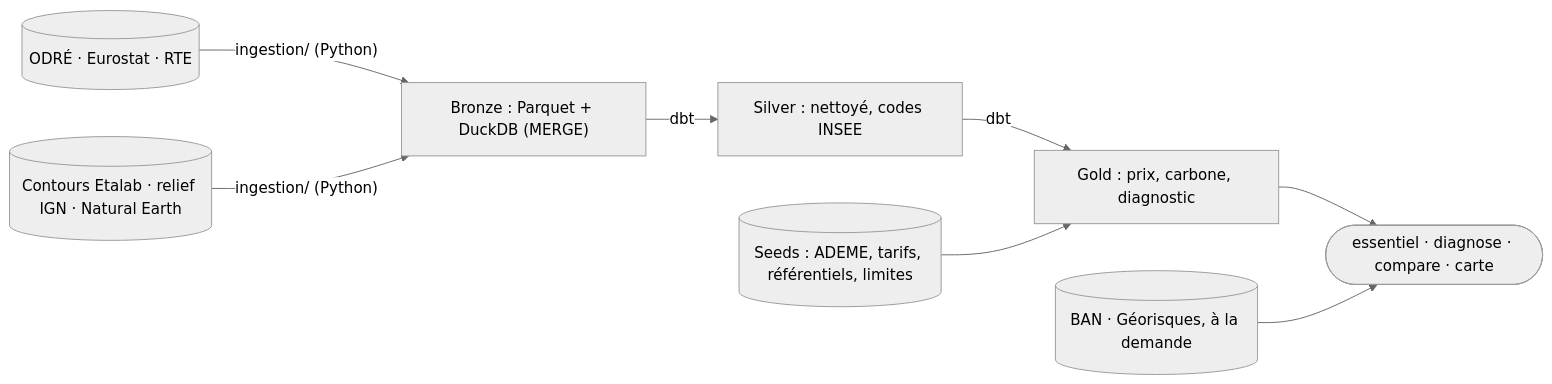
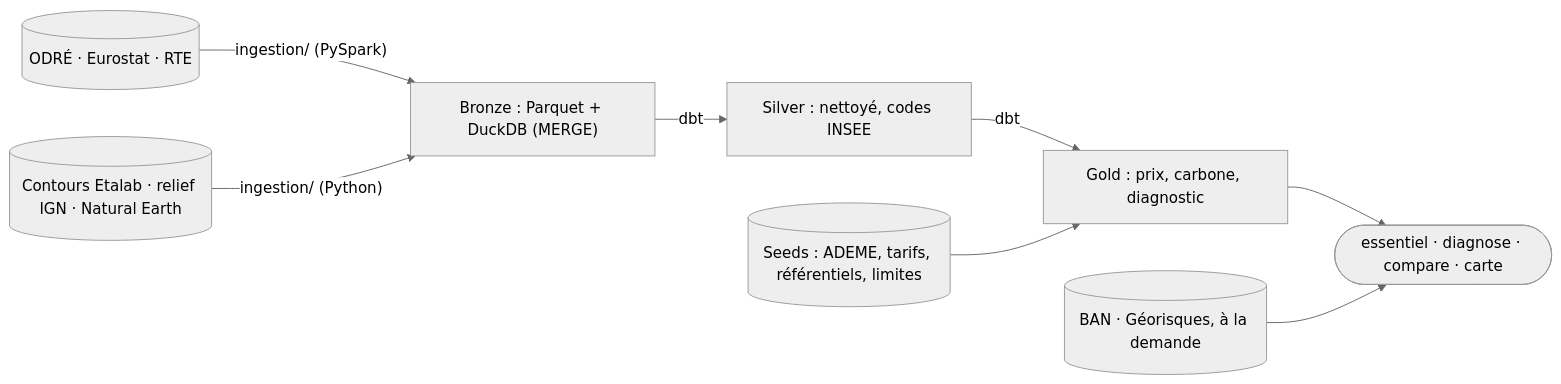
Before and after one commit to Elias-Ouafi/ou-brancher-mon-entreprise: the diagram in README.md, drawn with Mermaid (neutral theme). The commit also changed other lines of this file and 5 other files, not shown here.

First line of the commit message:
Ingestion en PySpark : typage, UTC et cles du lot calcules par Spark

````diff
--- a/README.md
+++ b/README.md
@@ -66,10 +67,10 @@
 ```mermaid
 flowchart LR
-    SRC[("ODRÉ · Eurostat · RTE")] -->|"ingestion/ (Python)"| B["Bronze : Parquet + DuckDB (MERGE)"]
+    SRC[("ODRÉ · Eurostat · RTE")] -->|"ingestion/ (PySpark)"| B["Bronze : Parquet + DuckDB (MERGE)"]
     B -->|dbt| S["Silver : nettoyé, codes INSEE"]
     S -->|dbt| G["Gold : prix, carbone, diagnostic"]
     SEEDS[("Seeds : ADEME, tarifs, référentiels, limites")] --> G
     GEO[("Contours Etalab · relief IGN · Natural Earth")] -->|"ingestion/ (Python)"| B
     G --> CLI(["essentiel · diagnose · compare · carte"])
     BAN[("BAN · Géorisques, à la demande")] --> CLI
 ```
````
